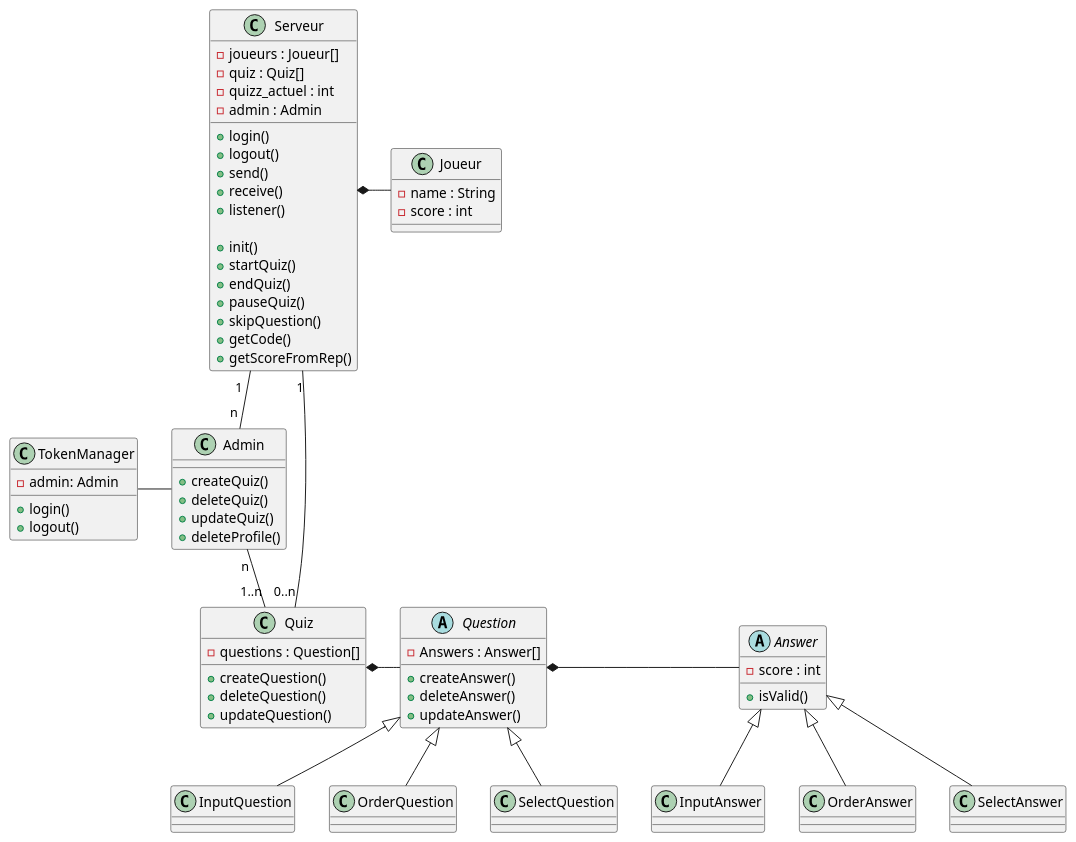
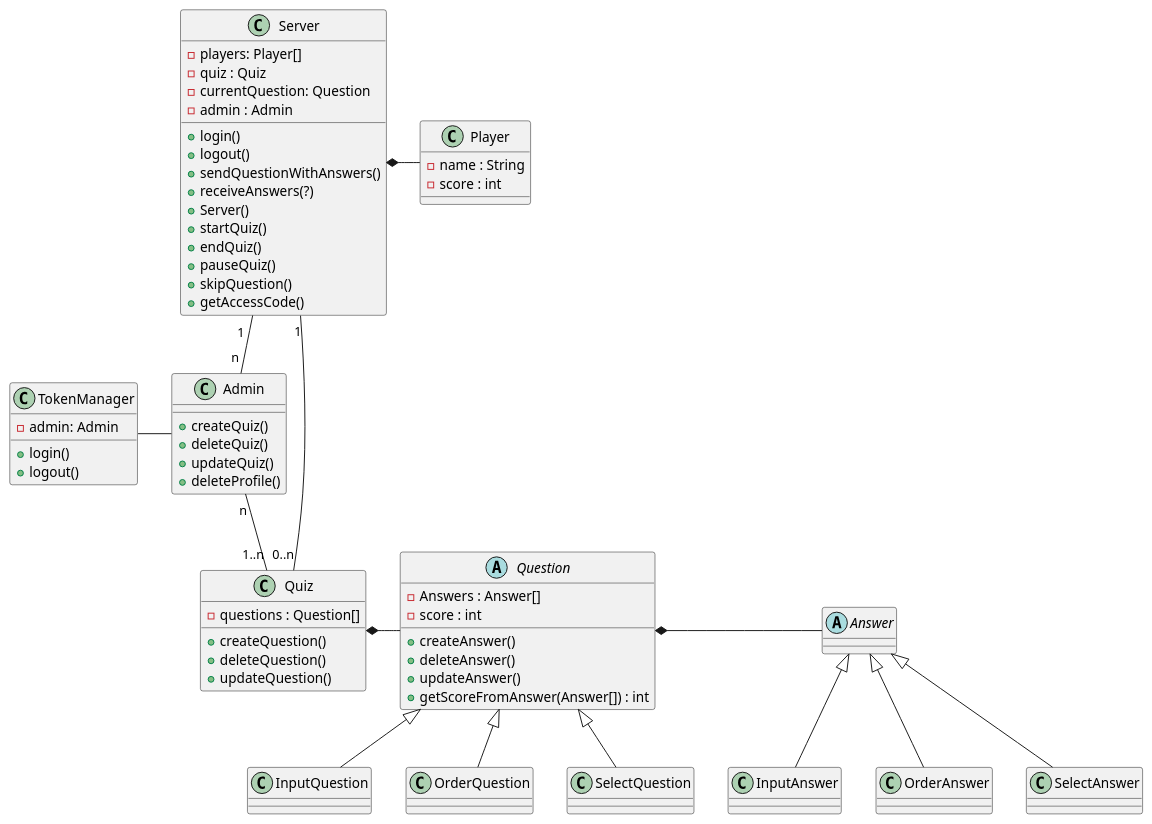
The diagram in Class/DiagClass.puml (Qwizs/diagrammes), drawn with PlantUML before and after one commit. The commit also changed 1 other file, not shown here.

```diff
--- a/Class/DiagClass.puml
+++ b/Class/DiagClass.puml
@@ -1,109 +1,108 @@
 @startuml Class 
 
 
-class Serveur{
-    -joueurs : Joueur[]
-    -quiz : Quiz[]
-    -quizz_actuel : int
+class Server{
+    - players: Player[]
+    -quiz : Quiz
+    -currentQuestion: Question
     -admin : Admin
 
     +login()
     +logout()
-    +send()
-    +receive()
-    +listener()
-
-    +init()  
+    +sendQuestionWithAnswers()
+    +receiveAnswers(?)
+    +Server()  
     +startQuiz()
     +endQuiz()
     +pauseQuiz()
     +skipQuestion()
-    +getCode()
-    +getScoreFromRep()
+    +getAccessCode()
+    
 }
 
-class Joueur {
+class Player {
     -name : String
     -score : int
 }
 
 class TokenManager {
     -admin: Admin
     +login()
     +logout()
 }
 
 class Admin{
     +createQuiz()
     +deleteQuiz()
     +updateQuiz()
     +deleteProfile()
 } 
 
 class Quiz{
     -questions : Question[]
     +createQuestion()
     +deleteQuestion()
     +updateQuestion()
 }
 
 abstract class Question{
     -Answers : Answer[]
+    -score : int
     +createAnswer()
     +deleteAnswer()
     +updateAnswer()
+    +getScoreFromAnswer(Answer[]) : int
 }
 
 abstract class Answer{
-    -score : int
-    +isValid()
+    
 }
 
 class InputQuestion{
     
 }
 
 class OrderQuestion{
     
 }
 
 class SelectQuestion{
     
 }
 
 
 class InputAnswer{
     
 }
 
 class OrderAnswer{
     
 }
 
 class SelectAnswer{
     
 }
 
 
 
 
 
-Serveur "1  "--"n " Admin
-Serveur "1"--"0..n" Quiz
-Serveur *-right- Joueur
+Server "1  "--"n " Admin
+Server "1"--"0..n" Quiz
+Server *-right- Player
 Admin -l- TokenManager
 Admin "n"--"1..n" Quiz
-Quiz *-right- Question
+Quiz *- Question
 Question *-right- Answer
 
 
 
 Question <|-- InputQuestion
 Question <|-- OrderQuestion
 Question <|-- SelectQuestion
 
 Answer <|-- InputAnswer
 Answer <|-- OrderAnswer
 Answer <|-- SelectAnswer
 
 @enduml
```
